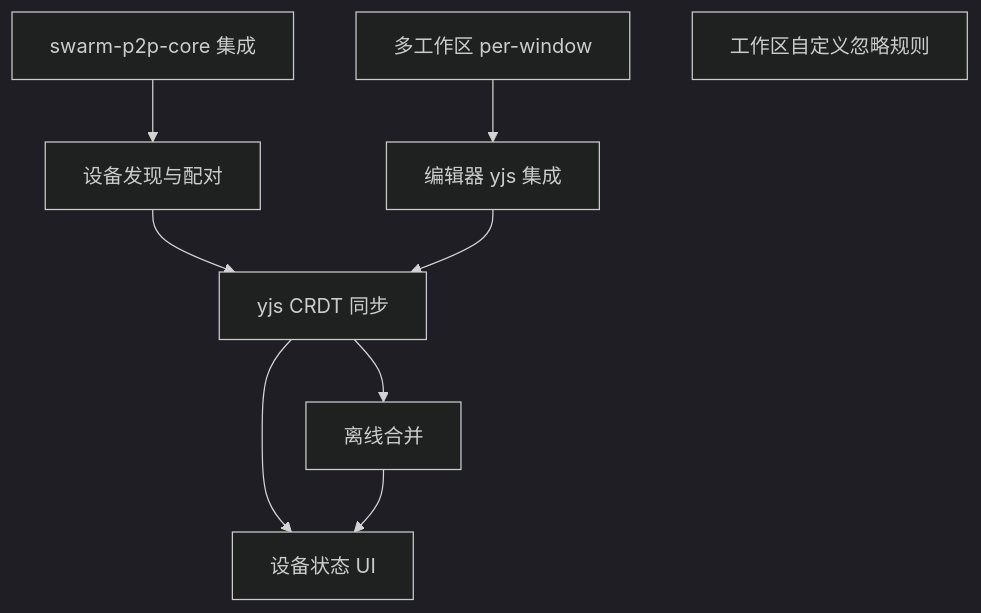
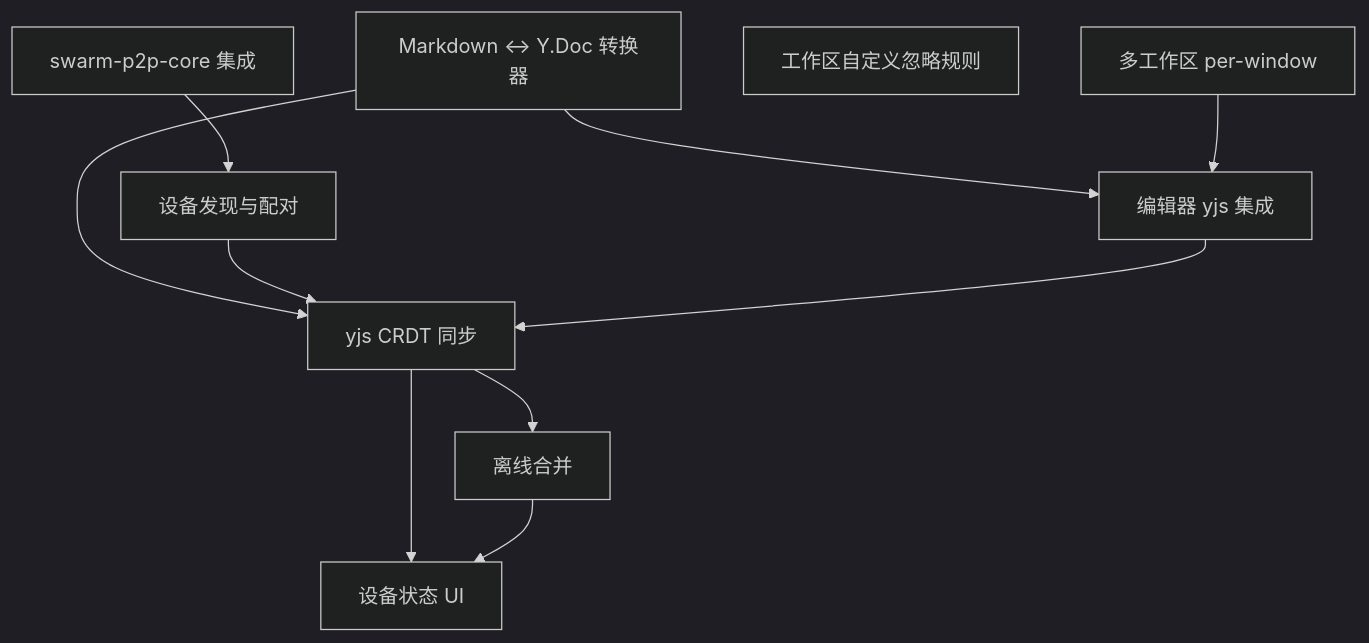
Before and after one commit to yexiyue/SwarmNote: the diagram in milestones/v0.2.0/README.md, drawn with Mermaid (dark theme). The commit also changed other lines of this file and 18 other files, not shown here.

````diff
--- a/milestones/v0.2.0/README.md
+++ b/milestones/v0.2.0/README.md
@@ -45,19 +46,22 @@
 ```mermaid
 graph TD
     MultiWS[多工作区 per-window]
     Core[swarm-p2p-core 集成]
     IgnoreFilter[工作区自定义忽略规则]
+    Converter[Markdown ↔ Y.Doc 转换器]
     Pairing[设备发现与配对]
     YjsEditor[编辑器 yjs 集成]
     CRDT[yjs CRDT 同步]
     Offline[离线合并]
     DeviceUI[设备状态 UI]
 
     Core --> Pairing
+    Converter --> YjsEditor
+    Converter --> CRDT
     MultiWS --> YjsEditor
     Pairing --> CRDT
     YjsEditor --> CRDT
     CRDT --> Offline
     CRDT --> DeviceUI
     Offline --> DeviceUI
 ```
````
